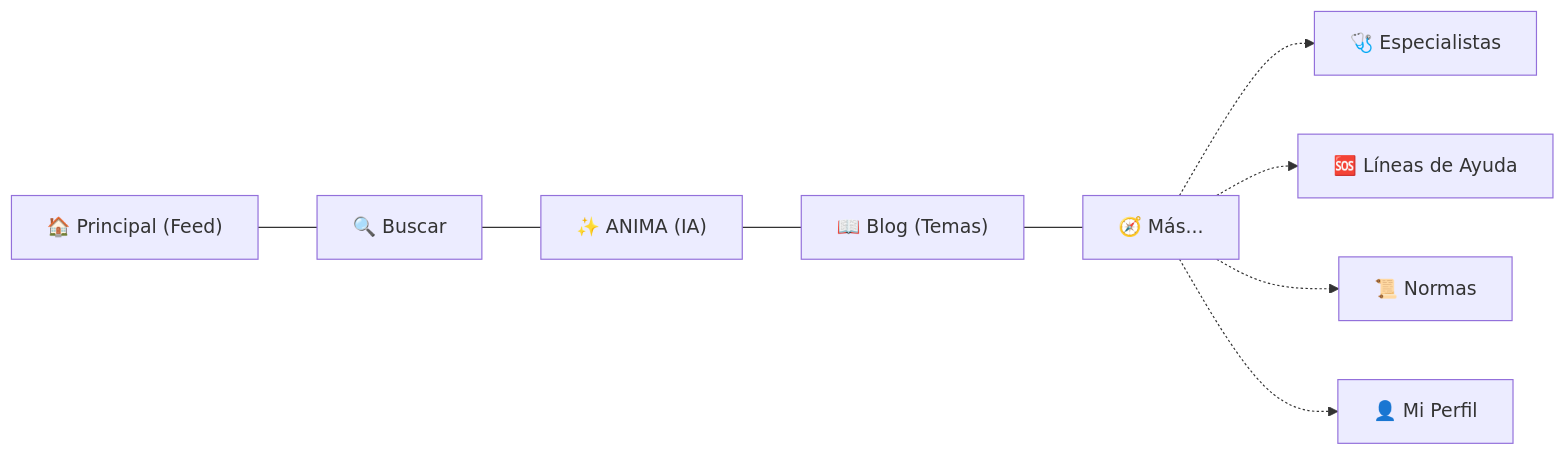
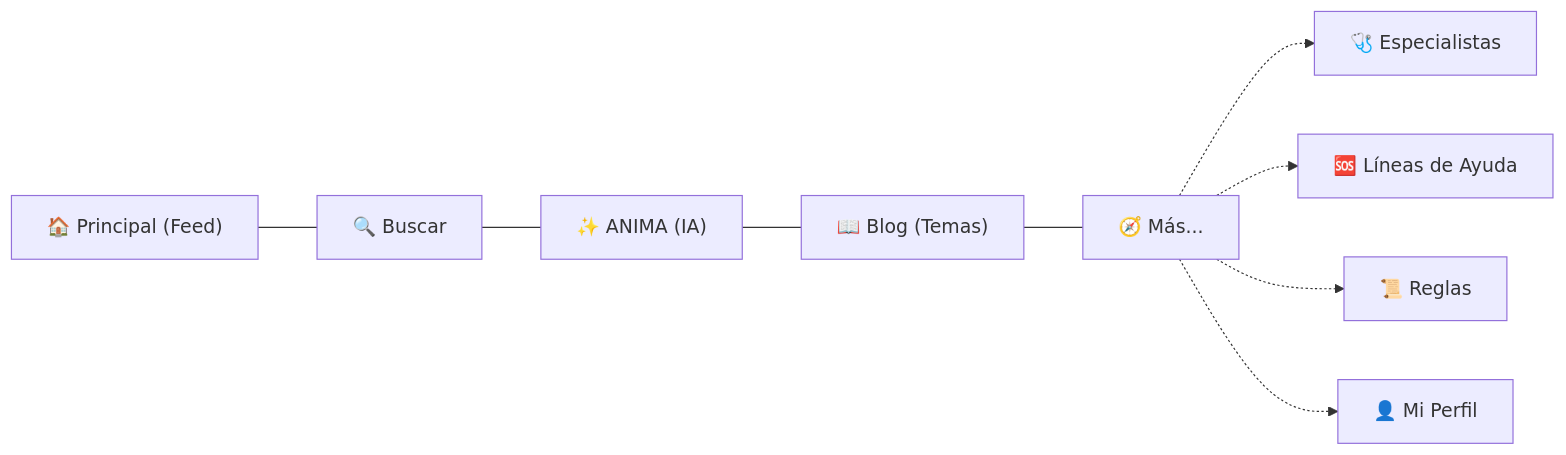
Before and after one commit to GuillermoMH10/ENTRE.NOSOTROS.COMUNITY: the second of 4 diagrams in MANUAL_DE_USUARIO.md, drawn with Mermaid. The commit also changed other lines of this file, not shown here.

````diff
--- a/MANUAL_DE_USUARIO.md
+++ b/MANUAL_DE_USUARIO.md
@@ -107,12 +110,12 @@
 ```mermaid
 flowchart LR
-    M1["🏠 Principal (Feed)"] --- M2["🔍 Buscar"]
-    M2 --- M3["✨ ANIMA (IA)"]
-    M3 --- M4["📖 Blog (Temas)"]
-    M4 --- M5["🧭 Más..."]
-    
-    M5 -.-> S1["🩺 Especialistas"]
-    M5 -.-> S2["🆘 Líneas de Ayuda"]
-    M5 -.-> S3["📜 Normas"]
-    M5 -.-> S4["👤 Mi Perfil"]
+    P1["🏠 Principal (Feed)"] --- P2["🔍 Buscar"]
+    P2 --- P3["✨ ANIMA (IA)"]
+    P3 --- P4["📖 Blog (Temas)"]
+    P4 --- P5["🧭 Más..."]
+
+    P5 -.-> M1["🩺 Especialistas"]
+    P5 -.-> M2["🆘 Líneas de Ayuda"]
+    P5 -.-> M3["📜 Reglas"]
+    P5 -.-> M4["👤 Mi Perfil"]
 ```
````
